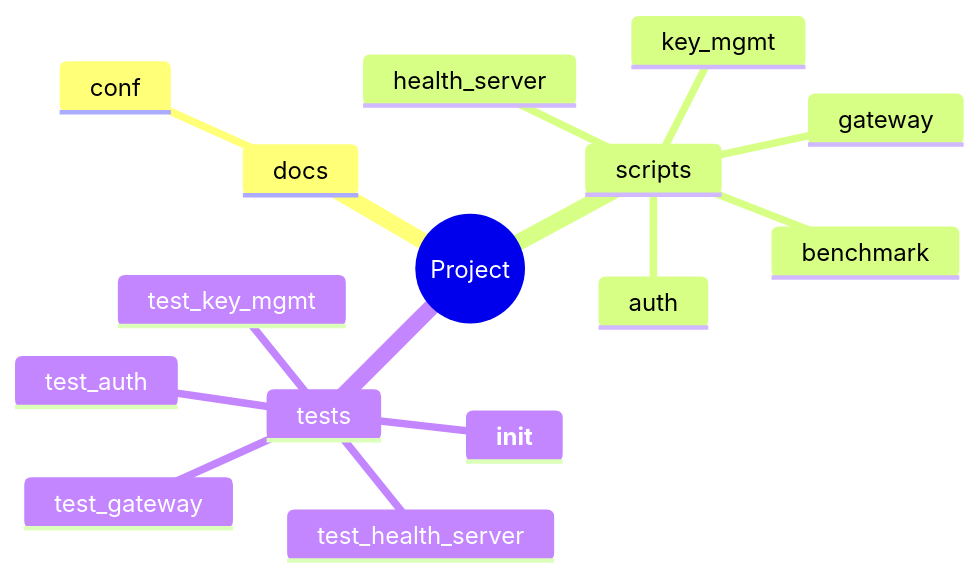
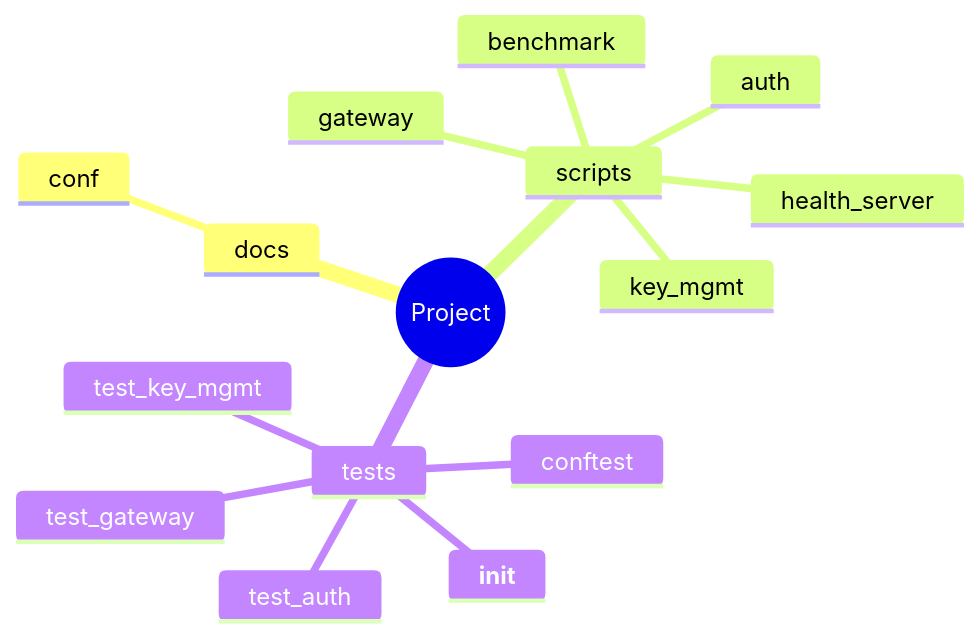
The fifth of 8 diagrams in docs/auto/ARCHITECTURE_AUTO.md (zepfu/llama-gguf-inference), drawn with Mermaid before and after one commit. The commit also changed other lines of this file and 2 other files, not shown here.

````diff
--- a/docs/auto/ARCHITECTURE_AUTO.md
+++ b/docs/auto/ARCHITECTURE_AUTO.md
@@ -174,18 +176,18 @@
 ```mermaid
 mindmap
   root((Project))
     docs
       conf
     scripts
       auth
       health_server
+      gateway
       key_mgmt
-      gateway
       benchmark
     tests
-      test_health_server
+      test_gateway
+      conftest
+      test_key_mgmt
       test_auth
-      test_key_mgmt
-      test_gateway
       __init__
 ```
````
